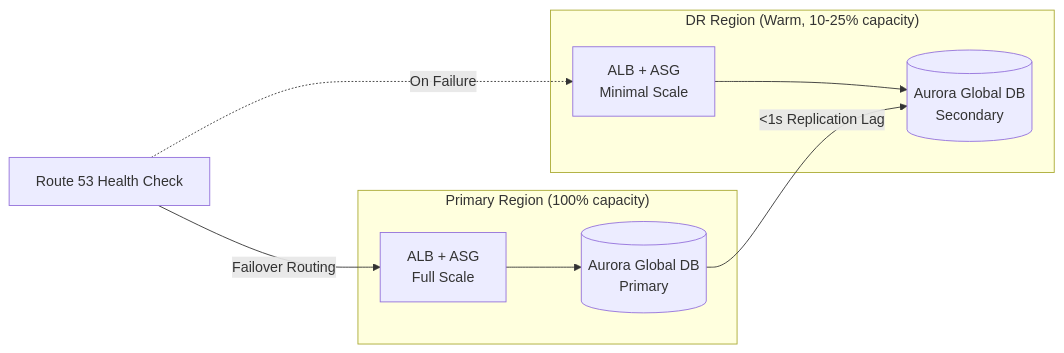
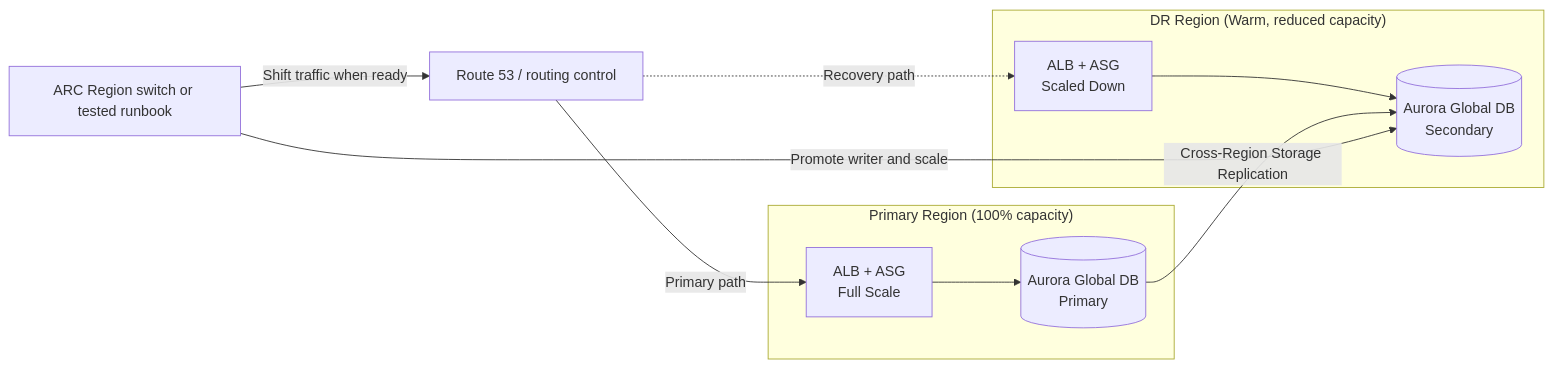
Before and after one commit to AlexanderBesss/AWS_best_praactices: the fourth of 5 diagrams in Design/06-high-availability-dr-patterns.md, drawn with Mermaid. The commit also changed other lines of this file and 31 other files, not shown here.

````diff
--- a/Design/06-high-availability-dr-patterns.md
+++ b/Design/06-high-availability-dr-patterns.md
@@ -139,12 +139,14 @@
 ```mermaid
 graph LR
     subgraph "Primary Region (100% capacity)"
         A[ALB + ASG<br/>Full Scale] --> B[(Aurora Global DB<br/>Primary)]
     end
-    subgraph "DR Region (Warm, 10-25% capacity)"
-        A2[ALB + ASG<br/>Minimal Scale] --> B2[(Aurora Global DB<br/>Secondary)]
+    subgraph "DR Region (Warm, reduced capacity)"
+        A2[ALB + ASG<br/>Scaled Down] --> B2[(Aurora Global DB<br/>Secondary)]
     end
-    B -->|<1s Replication Lag| B2
-    R53[Route 53 Health Check] -->|Failover Routing| A
-    R53 -.->|On Failure| A2
+    B -->|Cross-Region Storage Replication| B2
+    CTRL[ARC Region switch or tested runbook] -->|Promote writer and scale| B2
+    CTRL -->|Shift traffic when ready| R53[Route 53 / routing control]
+    R53 -->|Primary path| A
+    R53 -.->|Recovery path| A2
 ```
````
